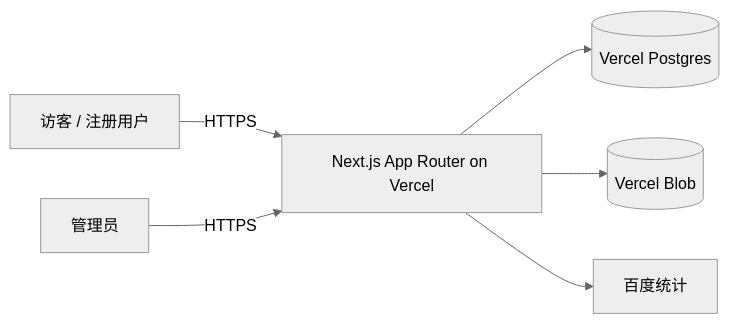
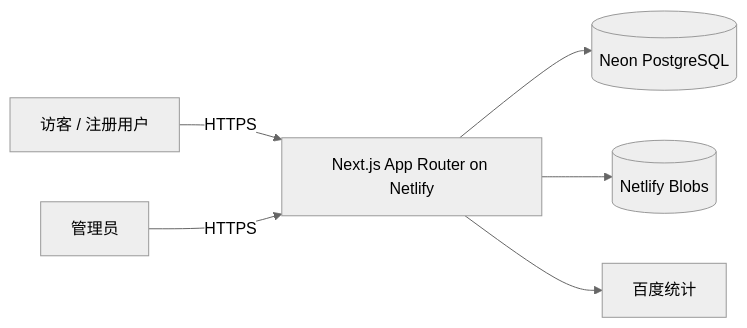
Before and after one commit to Vernier-caliper-code/ValueChange: the diagram in docs/high-level-design.md, drawn with Mermaid (neutral theme). The commit also changed other lines of this file and 45 other files, not shown here.

````diff
--- a/docs/high-level-design.md
+++ b/docs/high-level-design.md
@@ -53,8 +54,8 @@
 ```mermaid
 flowchart LR
-  U[访客 / 注册用户] -->|HTTPS| N[Next.js App Router on Vercel]
+  U[访客 / 注册用户] -->|HTTPS| N[Next.js App Router on Netlify]
   A[管理员] -->|HTTPS| N
-  N --> PG[(Vercel Postgres)]
-  N --> BLOB[(Vercel Blob)]
+  N --> PG[(Neon PostgreSQL)]
+  N --> BLOB[(Netlify Blobs)]
   N --> BAIDU[百度统计]
 ```
````
